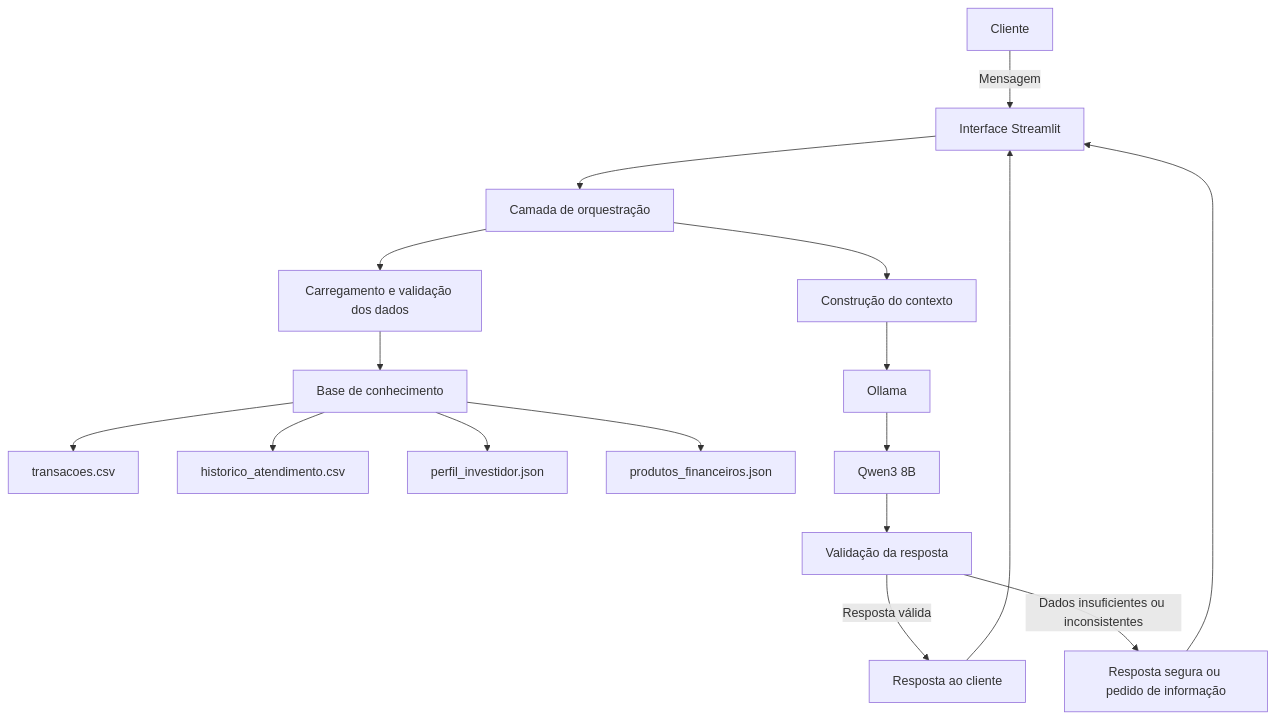
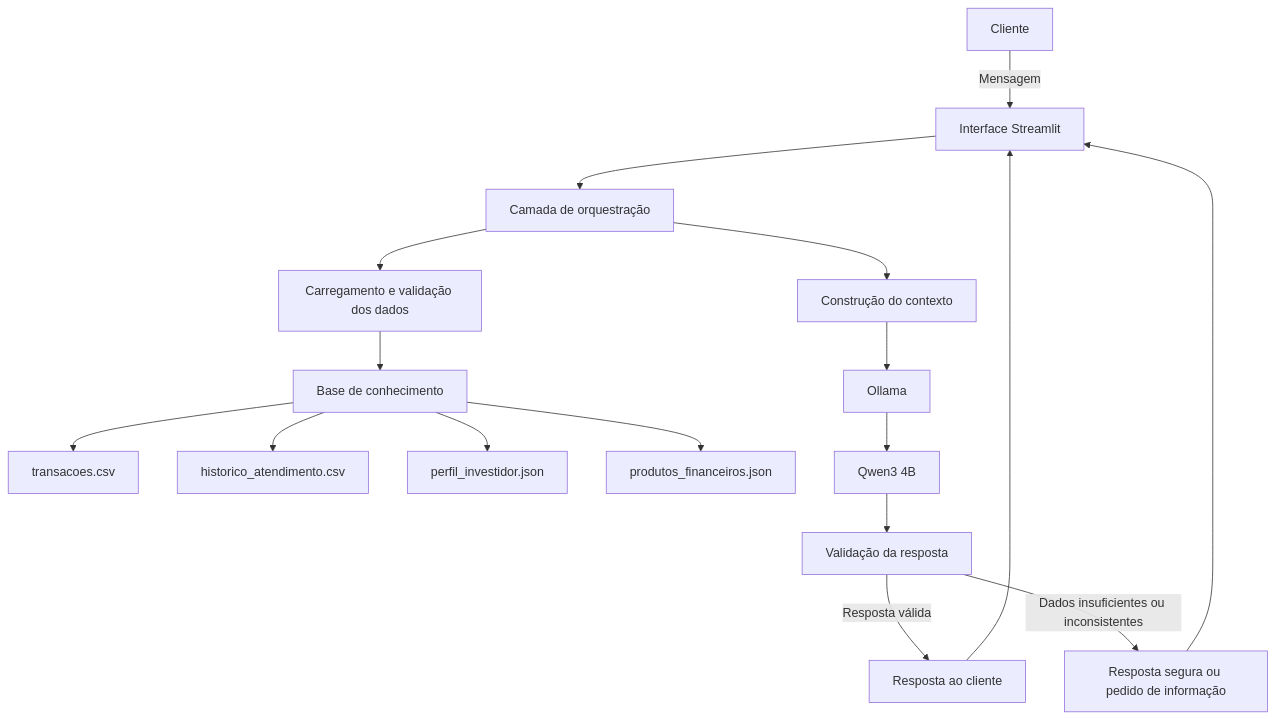
Before and after one commit to Breno3B/dio-lab-bia-do-futuro: the diagram in docs/01-documentacao-agente.md, drawn with Mermaid. The commit also changed other lines of this file and 2 other files, not shown here.

Commit message:
fix: Update model references from Qwen3 8B to Qwen3 4B in documentation

````diff
--- a/docs/01-documentacao-agente.md
+++ b/docs/01-documentacao-agente.md
@@ -108,24 +108,24 @@
 ```mermaid
 flowchart TD
     A[Cliente] -->|Mensagem| B[Interface Streamlit]
     B --> C[Camada de orquestração]
 
     C --> D[Carregamento e validação dos dados]
     D --> E[Base de conhecimento]
 
     E --> E1[transacoes.csv]
     E --> E2[historico_atendimento.csv]
     E --> E3[perfil_investidor.json]
     E --> E4[produtos_financeiros.json]
 
     C --> F[Construção do contexto]
     F --> G[Ollama]
-    G --> G1[Qwen3 8B]
+    G --> G1[Qwen3 4B]
 
     G1 --> H[Validação da resposta]
     H -->|Resposta válida| I[Resposta ao cliente]
     H -->|Dados insuficientes ou inconsistentes| J[Resposta segura ou pedido de informação]
 
     I --> B
     J --> B
 ```
````
